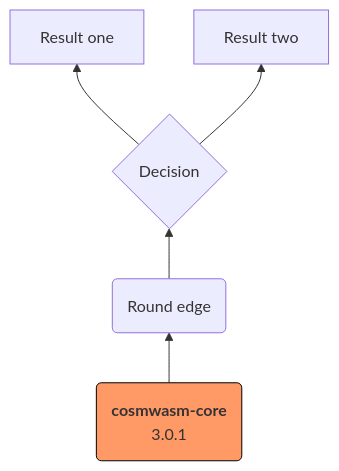
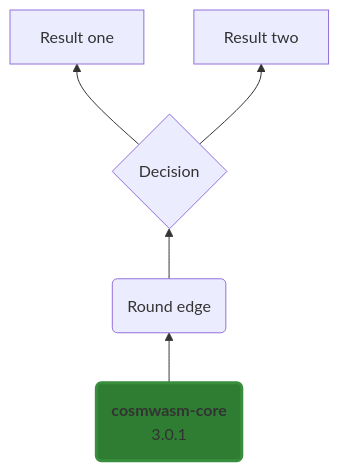
Before and after one commit to DariuszDepta/cosmwasm-notes: the diagram in dependencies/README.md, drawn with Mermaid.

````diff
--- a/dependencies/README.md
+++ b/dependencies/README.md
@@ -3,13 +3,13 @@
 ```mermaid
 flowchart BT
     A("`**cosmwasm-core**
         3.0.1`"):::someclass 
         
     A --> B(Round edge)
     
     B --> C{Decision}
     C --> D[Result one]
     C --> E[Result two]
     
-    style A fill:#f96,stroke:#000000
+    style A fill:#2e7d32,stroke:#388e3c,stroke-width:3px
 ```
````
